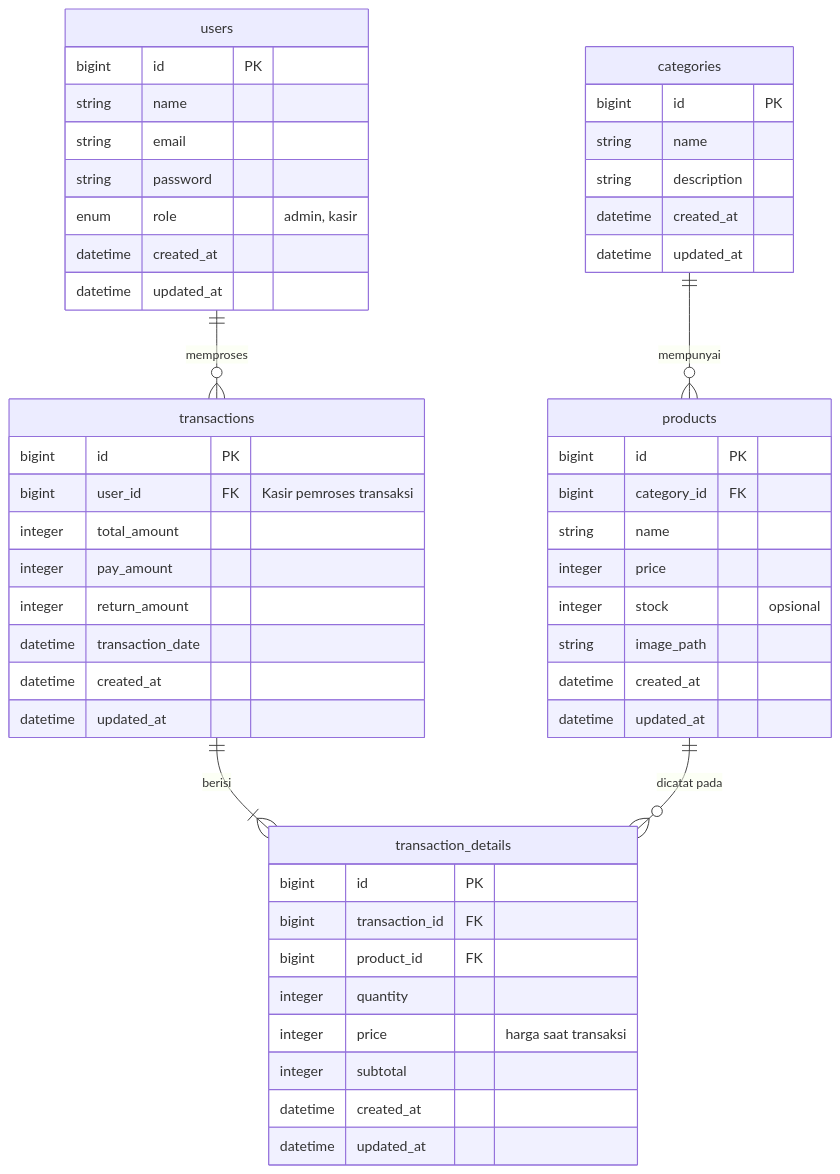
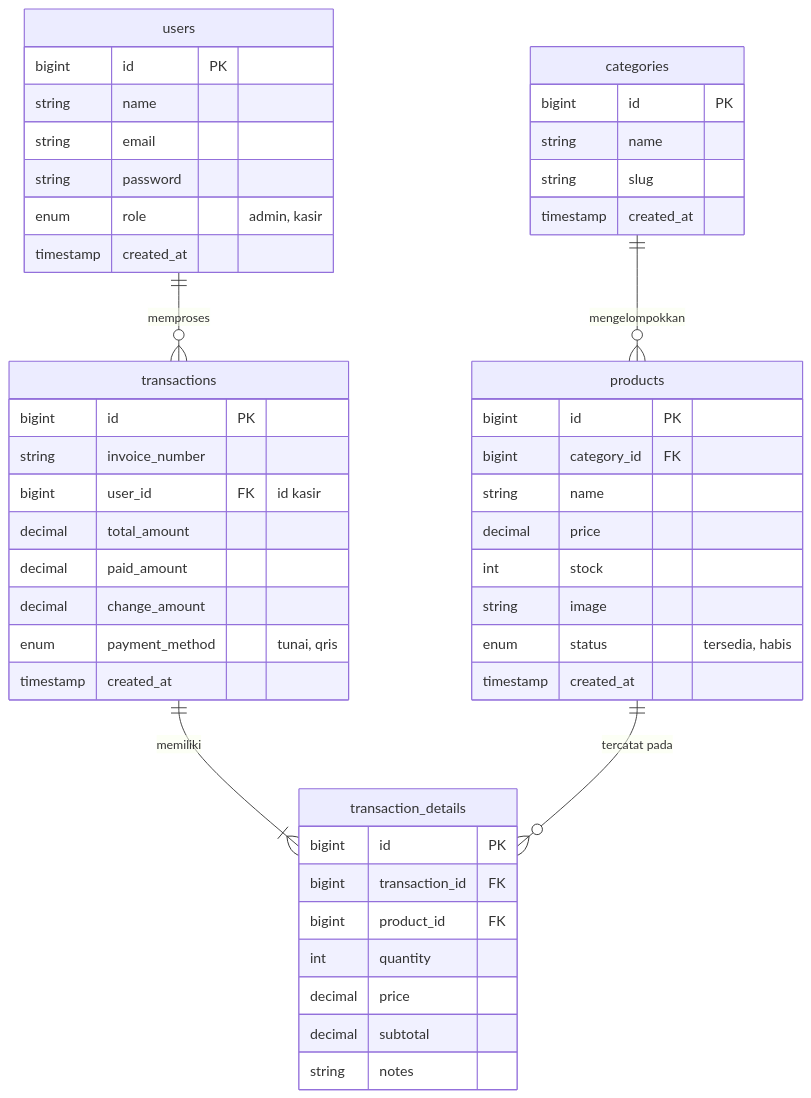
The second of 2 diagrams in README.md (yanzyuyu/pos-tugas), drawn with Mermaid before and after one commit. The commit also changed other lines of this file, not shown here.

Commit message:
update readme with use case and erd

````diff
--- a/README.md
+++ b/README.md
@@ -51,54 +63,55 @@
 ```mermaid
 erDiagram
+    users ||--o{ transactions : "memproses"
+    categories ||--o{ products : "mengelompokkan"
+    transactions ||--|{ transaction_details : "memiliki"
+    products ||--o{ transaction_details : "tercatat pada"
+
     users {
         bigint id PK
         string name
         string email
         string password
         enum role "admin, kasir"
-        datetime created_at
-        datetime updated_at
+        timestamp created_at
     }
+
     categories {
         bigint id PK
         string name
-        string description
-        datetime created_at
-        datetime updated_at
+        string slug
+        timestamp created_at
     }
+
     products {
         bigint id PK
         bigint category_id FK
         string name
-        integer price
-        integer stock "opsional"
-        string image_path
-        datetime created_at
-        datetime updated_at
+        decimal price
+        int stock
+        string image
+        enum status "tersedia, habis"
+        timestamp created_at
     }
+
     transactions {
         bigint id PK
-        bigint user_id FK "Kasir pemroses transaksi"
-        integer total_amount
-        integer pay_amount
-        integer return_amount
-        datetime transaction_date
-        datetime created_at
-        datetime updated_at
+        string invoice_number
+        bigint user_id FK "id kasir"
+        decimal total_amount
+        decimal paid_amount
+        decimal change_amount
+        enum payment_method "tunai, qris"
+        timestamp created_at
     }
+
     transaction_details {
         bigint id PK
         bigint transaction_id FK
         bigint product_id FK
-        integer quantity
-        integer price "harga saat transaksi"
-        integer subtotal
-        datetime created_at
-        datetime updated_at
+        int quantity
+        decimal price
+        decimal subtotal
+        string notes
     }
-
-    users ||--o{ transactions : "memproses"
-    categories ||--o{ products : "mempunyai"
-    transactions ||--|{ transaction_details : "berisi"
-    products ||--o{ transaction_details : "dicatat pada"
 ```
````
